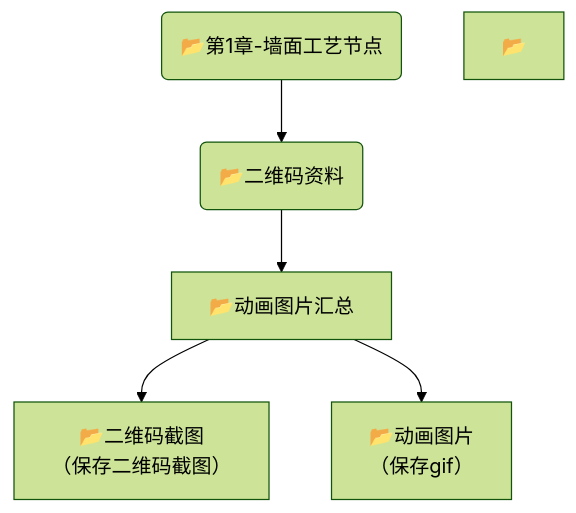
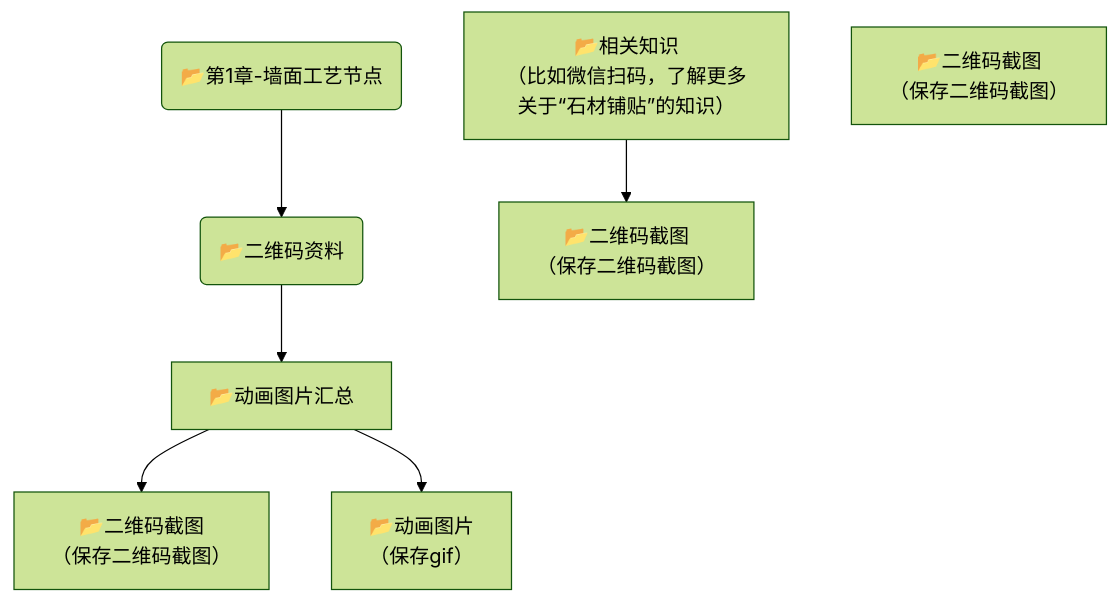
The diagram in mmd/未命名_26e86789-b5ae-49c7-b436-d7c75191fbae.mmd (fireflysss/mermaid-notes), drawn with Mermaid (forest theme) before and after one commit. The commit also changed 3 other files, not shown here.

Commit message:
Sync Mermaid Studio data (15 diagrams)

```diff
--- a/mmd/未命名_26e86789-b5ae-49c7-b436-d7c75191fbae.mmd
+++ b/mmd/未命名_26e86789-b5ae-49c7-b436-d7c75191fbae.mmd
@@ -1,11 +1,14 @@
 flowchart TD
   n_0("📂第1章-墙面工艺节点")
   n_1("📂二维码资料")
   n_2["📂二维码截图<br/>（保存二维码截图）"]
   n_3["📂动画图片汇总"]
   n_4["📂动画图片 <br/>（保存gif）"]
-  n_5["📂"]
+  n_5["📂相关知识<br/>（比如微信扫码，了解更多关于“石材铺贴”的知识）"]
+  n_6["📂二维码截图<br/>（保存二维码截图）"]
+  n_7["📂二维码截图<br/>（保存二维码截图）"]
   n_0 --> n_1
   n_1 --> n_3
   n_3 --> n_2
   n_3 --> n_4
+  n_5 --> n_6
```
